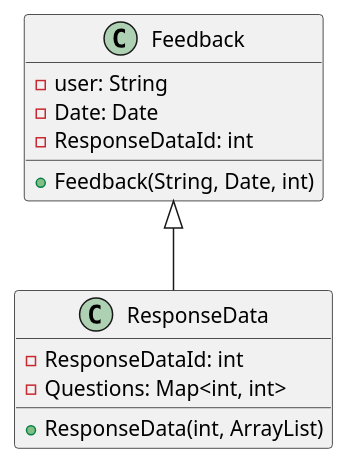
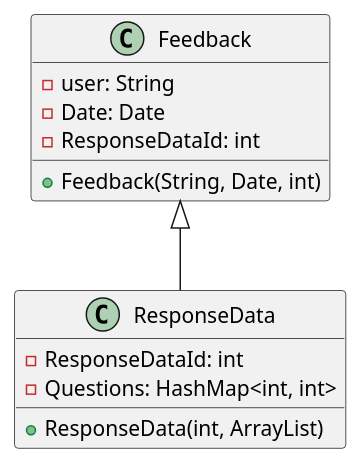
Before and after one commit to raghav19897/Feedback_DM: the diagram in src/main/java/Feedback.puml, drawn with PlantUML.

Commit message:
Edited classes

```diff
--- a/src/main/java/Feedback.puml
+++ b/src/main/java/Feedback.puml
@@ -1,16 +1,16 @@
 @startuml
 class Feedback{
 -user: String
 -Date: Date
 -ResponseDataId: int
 +Feedback(String, Date, int)
 }
 
 class ResponseData{
 -ResponseDataId: int
--Questions: Map<int, int>
+-Questions: HashMap<int, int>
 +ResponseData(int, ArrayList)
 }
 
 Feedback <|-- ResponseData
 @enduml
```
